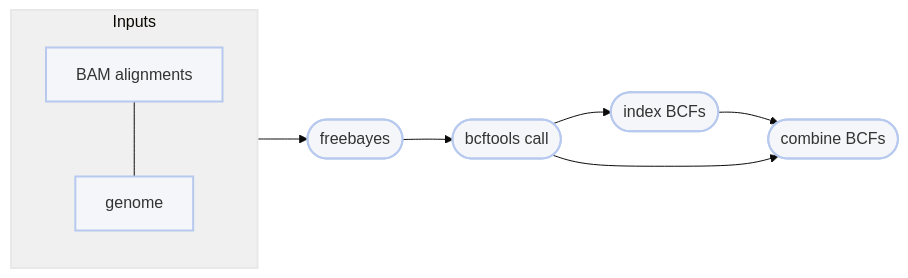
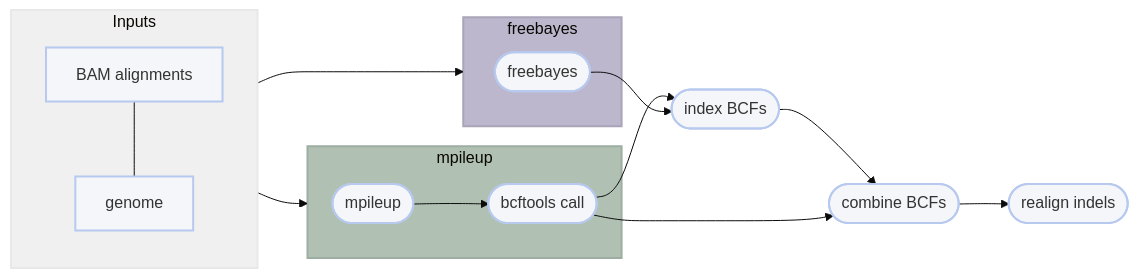
Before and after one commit to pdimens/harpy: the diagram in Workflows/snp.md, drawn with Mermaid (base theme). The commit also changed other lines of this file and 1 other file, not shown here.

````diff
--- a/Workflows/snp.md
+++ b/Workflows/snp.md
@@ -136,13 +136,23 @@
 ```mermaid
 graph LR
     subgraph Inputs
         aln[BAM alignments]:::clean---gen[genome]:::clean
     end
-    Inputs --> B([freebayes]):::clean
-    B-->C([bcftools call]):::clean
+    subgraph mpileup
+        B([mpileup]):::clean-->C([bcftools call]):::clean
+    end
+    subgraph freebayes
+        z([freebayes]):::clean
+    end
+    Inputs --> mpileup
+    Inputs --> freebayes
     C-->D([index BCFs]):::clean
     D-->E([combine BCFs]):::clean
+    z --> D
     C-->E
+    E-->F([realign indels]):::clean
     style Inputs fill:#f0f0f0,stroke:#e8e8e8,stroke-width:2px
+    style mpileup fill:#b0c1b3,stroke:#9eada1,stroke-width:2px
+    style freebayes fill:#bcb7cd,stroke:#a9a4b8,stroke-width:2px
     classDef clean fill:#f5f6f9,stroke:#b7c9ef,stroke-width:2px
 ```
````
